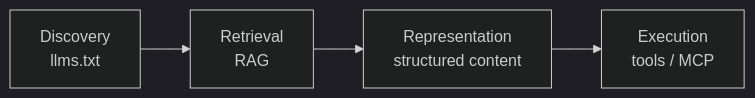
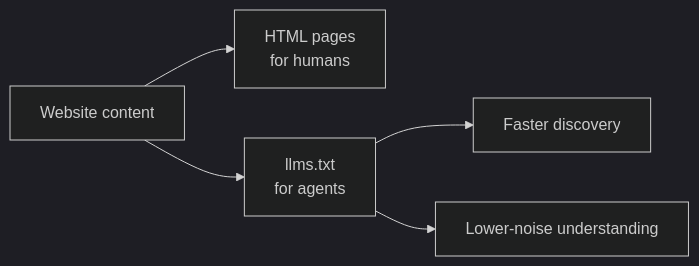
Before and after one commit to jjyung/samson-tech-notes: the diagram in docs/articles/from-seo-to-aeo.md, drawn with Mermaid (dark theme). The commit also changed other lines of this file, not shown here.

Commit message:
docs: Refine explanations and clarify the role of llms.txt in AEO transition

````diff
--- a/docs/articles/from-seo-to-aeo.md
+++ b/docs/articles/from-seo-to-aeo.md
@@ -263,6 +307,7 @@
 ```mermaid
 flowchart LR
-    A["Discovery<br/>llms.txt"] --> B["Retrieval<br/>RAG"]
-    B --> C["Representation<br/>structured content"]
-    C --> D["Execution<br/>tools / MCP"]
+    A["Website content"] --> B["HTML pages<br/>for humans"]
+    A --> C["llms.txt<br/>for agents"]
+    C --> D["Faster discovery"]
+    C --> E["Lower-noise understanding"]
 ```
````
